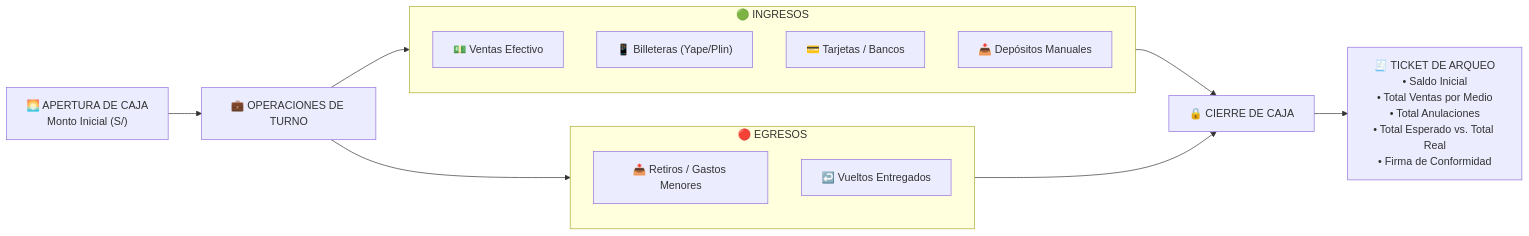
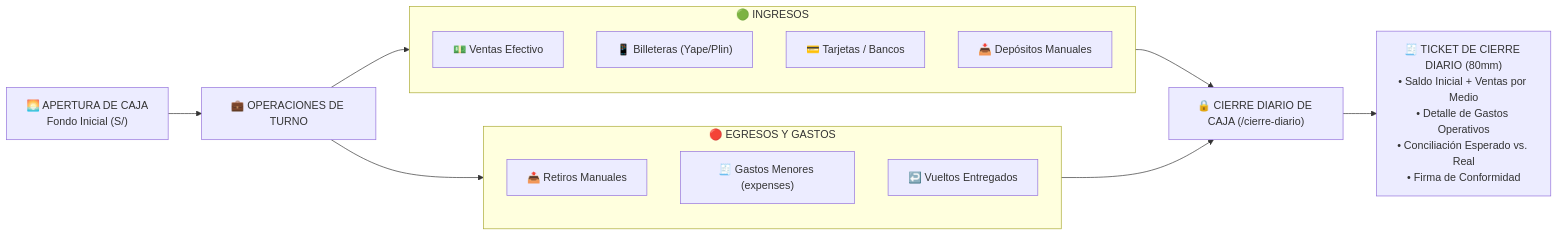
Before and after one commit to gercova/shipibo-erp-facturacion: the third of 6 diagrams in README.md, drawn with Mermaid. The commit also changed other lines of this file and 2 other files, not shown here.

````diff
--- a/README.md
+++ b/README.md
@@ -292,24 +300,25 @@
 ```mermaid
 flowchart LR
-    A["🌅 APERTURA DE CAJA<br>Monto Inicial (S/)"] --> O["💼 OPERACIONES DE TURNO"]
+    A["🌅 APERTURA DE CAJA<br>Fondo Inicial (S/)"] --> O["💼 OPERACIONES DE TURNO"]
     
     subgraph INGRESOS ["🟢 INGRESOS"]
         V1["💵 Ventas Efectivo"]
         V2["📱 Billeteras (Yape/Plin)"]
         V3["💳 Tarjetas / Bancos"]
         V4["📥 Depósitos Manuales"]
     end
     
-    subgraph EGRESOS ["🔴 EGRESOS"]
-        E1["📤 Retiros / Gastos Menores"]
-        E2["↩️ Vueltos Entregados"]
+    subgraph EGRESOS ["🔴 EGRESOS Y GASTOS"]
+        E1["📤 Retiros Manuales"]
+        E2["🧾 Gastos Menores (expenses)"]
+        E3["↩️ Vueltos Entregados"]
     end
 
     O --> INGRESOS
     O --> EGRESOS
 
-    INGRESOS --> C["🔒 CIERRE DE CAJA"]
+    INGRESOS --> C["🔒 CIERRE DIARIO DE CAJA (/cierre-diario)"]
     EGRESOS --> C
 
-    C --> R["🧾 TICKET DE ARQUEO<br>• Saldo Inicial<br>• Total Ventas por Medio<br>• Total Anulaciones<br>• Total Esperado vs. Total Real<br>• Firma de Conformidad"]
+    C --> R["🧾 TICKET DE CIERRE DIARIO (80mm)<br>• Saldo Inicial + Ventas por Medio<br>• Detalle de Gastos Operativos<br>• Conciliación Esperado vs. Real<br>• Firma de Conformidad"]
 ```
````
